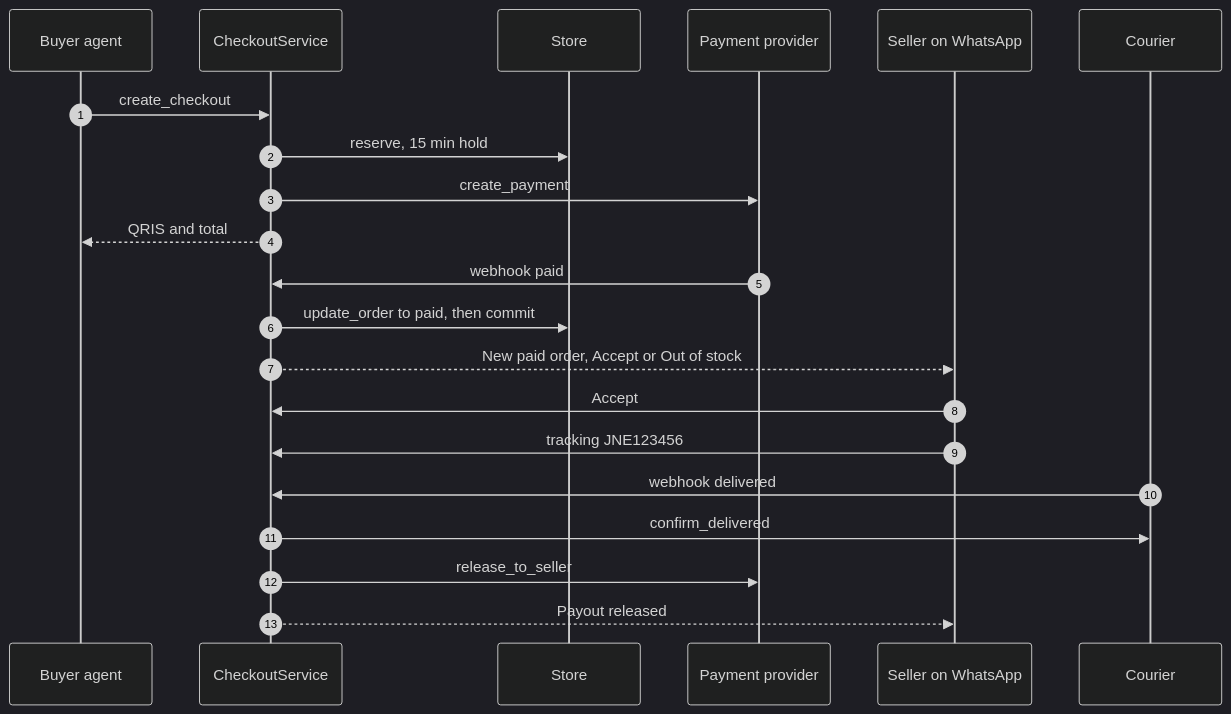
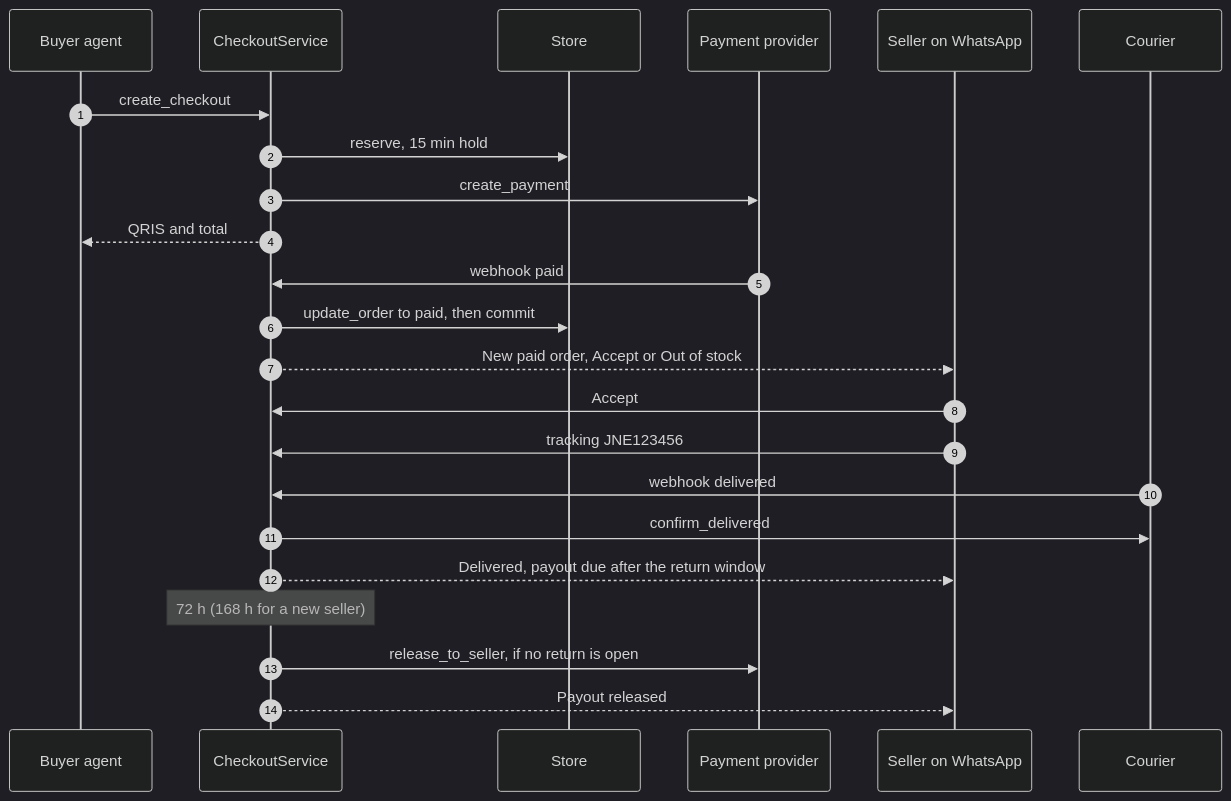
Before and after one commit to galihsatriawan/etalase: the first of 3 diagrams in learn/architecture/checkout-and-orders.md, drawn with Mermaid (dark theme). The commit also changed other lines of this file and 106 other files, not shown here.

````diff
--- a/learn/architecture/checkout-and-orders.md
+++ b/learn/architecture/checkout-and-orders.md
@@ -32,23 +33,25 @@
 ```mermaid
 sequenceDiagram
   autonumber
   participant A as Buyer agent
   participant C as CheckoutService
   participant S as Store
   participant P as Payment provider
   participant W as Seller on WhatsApp
   participant K as Courier
   A->>C: create_checkout
   C->>S: reserve, 15 min hold
   C->>P: create_payment
   C-->>A: QRIS and total
   P->>C: webhook paid
   C->>S: update_order to paid, then commit
   C-->>W: New paid order, Accept or Out of stock
   W->>C: Accept
   W->>C: tracking JNE123456
   K->>C: webhook delivered
   C->>K: confirm_delivered
-  C->>P: release_to_seller
+  C-->>W: Delivered, payout due after the return window
+  Note over C: 72 h (168 h for a new seller)
+  C->>P: release_to_seller, if no return is open
   C-->>W: Payout released
 ```
````
